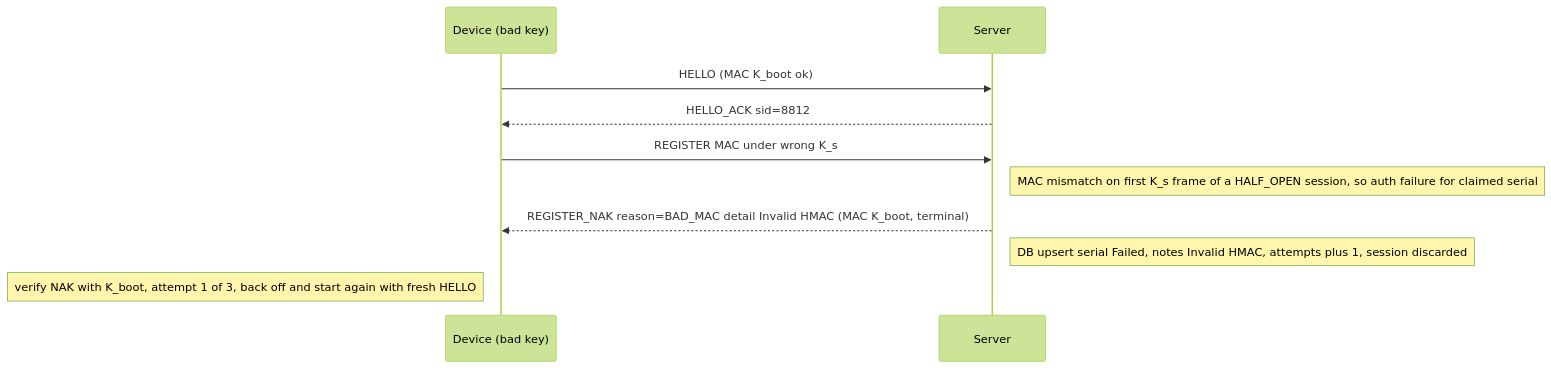
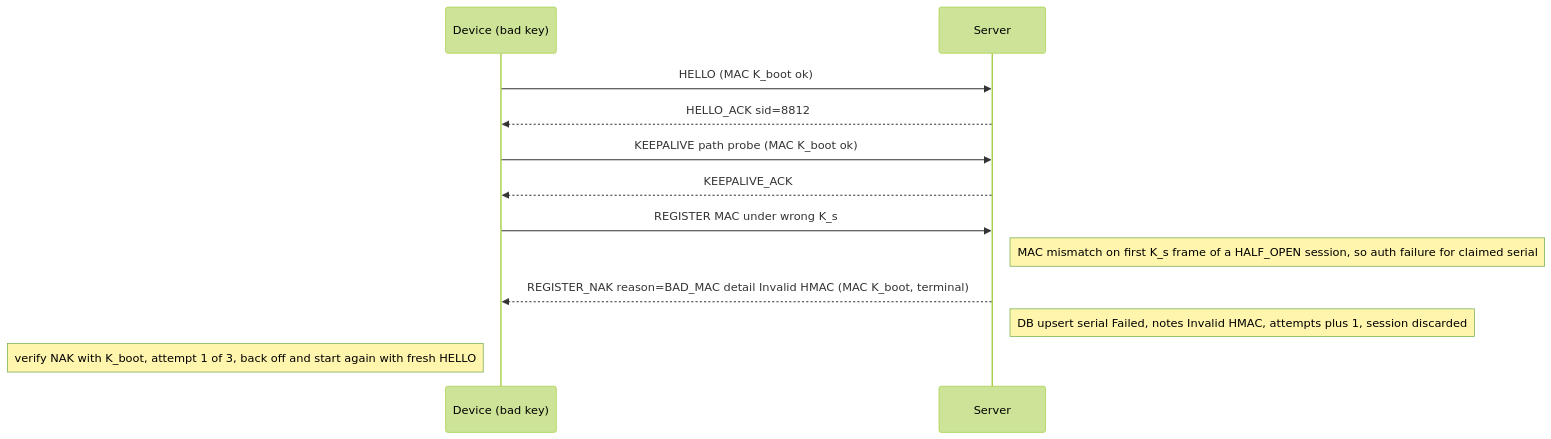
One commit to heysunilvk/ztp-project changed diagram 13 of 22 in DESIGN.md. Above: the diagram before and after it, drawn with Mermaid (forest theme). The commit also changed other lines of this file and 2 other files, not shown here.

First line of the commit message:
Align docs with every PDF clause; add state machines and event-flow diagrams

````diff
--- a/DESIGN.md
+++ b/DESIGN.md
@@ -763,12 +981,14 @@
 ```mermaid
 sequenceDiagram
     participant D as Device (bad key)
     participant S as Server
     D->>S: HELLO (MAC K_boot ok)
     S-->>D: HELLO_ACK sid=8812
+    D->>S: KEEPALIVE path probe (MAC K_boot ok)
+    S-->>D: KEEPALIVE_ACK
     D->>S: REGISTER MAC under wrong K_s
     Note right of S: MAC mismatch on first K_s frame of a HALF_OPEN session, so auth failure for claimed serial
     S-->>D: REGISTER_NAK reason=BAD_MAC detail Invalid HMAC (MAC K_boot, terminal)
     Note right of S: DB upsert serial Failed, notes Invalid HMAC, attempts plus 1, session discarded
     Note left of D: verify NAK with K_boot, attempt 1 of 3, back off and start again with fresh HELLO
 ```
````
